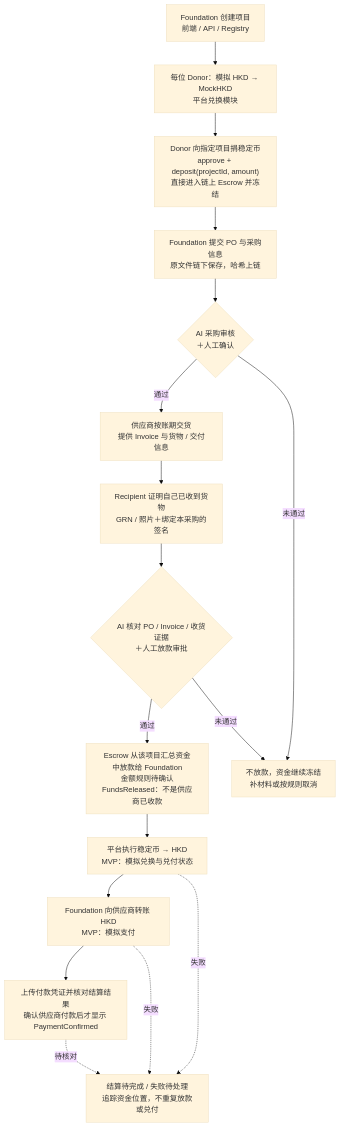
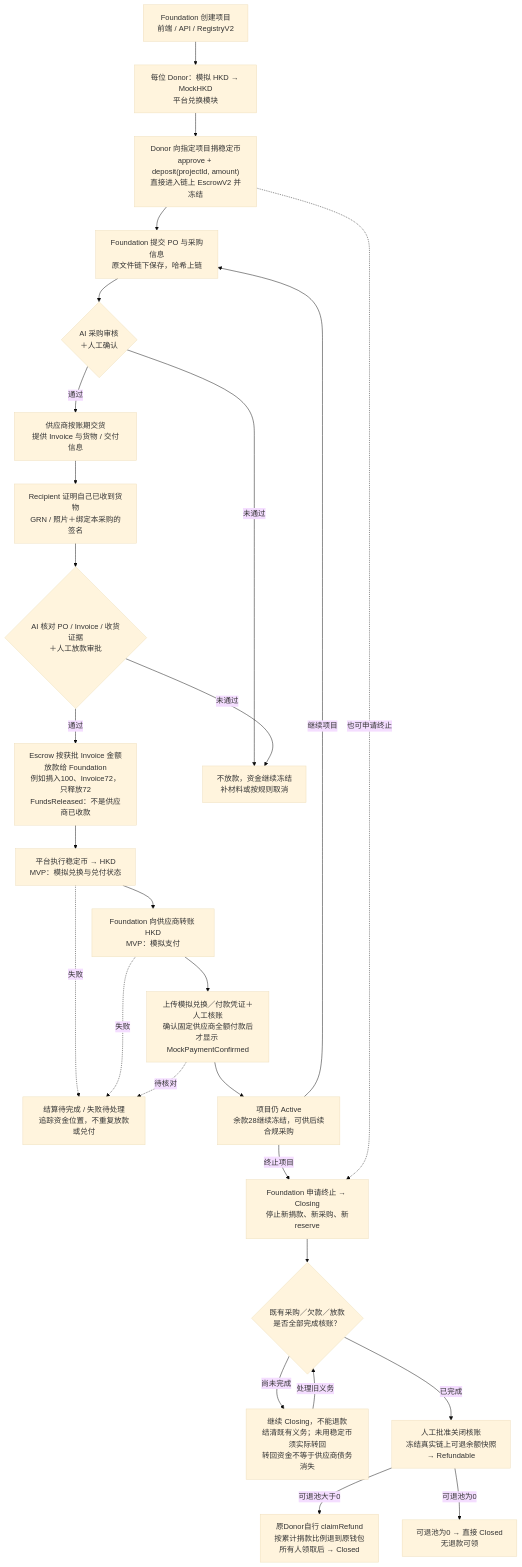
The diagram in docs/FOUNDATION_SETTLEMENT_FLOW.md (Eason-NotFound/PoG), drawn with Mermaid (base theme) before and after one commit. The commit also changed other lines of this file and 26 other files, not shown here.

````diff
--- a/docs/FOUNDATION_SETTLEMENT_FLOW.md
+++ b/docs/FOUNDATION_SETTLEMENT_FLOW.md
@@ -17,26 +19,43 @@
 ```mermaid
 flowchart TD
-    A["Foundation 创建项目<br/>前端 / API / Registry"]
+    A["Foundation 创建项目<br/>前端 / API / RegistryV2"]
     B["每位 Donor：模拟 HKD → MockHKD<br/>平台兑换模块"]
-    C["Donor 向指定项目捐稳定币<br/>approve + deposit(projectId, amount)<br/>直接进入链上 Escrow 并冻结"]
+    C["Donor 向指定项目捐稳定币<br/>approve + deposit(projectId, amount)<br/>直接进入链上 EscrowV2 并冻结"]
     D["Foundation 提交 PO 与采购信息<br/>原文件链下保存，哈希上链"]
     E{"AI 采购审核<br/>＋人工确认"}
     F["供应商按账期交货<br/>提供 Invoice 与货物 / 交付信息"]
     G["Recipient 证明自己已收到货物<br/>GRN / 照片＋绑定本采购的签名"]
     H{"AI 核对 PO / Invoice / 收货证据<br/>＋人工放款审批"}
-    I["Escrow 从该项目汇总资金中放款给 Foundation<br/>金额规则待确认<br/>FundsReleased：不是供应商已收款"]
+    I["Escrow 按获批 Invoice 金额放款给 Foundation<br/>例如捐入100、Invoice72，只释放72<br/>FundsReleased：不是供应商已收款"]
     J["平台执行稳定币 → HKD<br/>MVP：模拟兑换与兑付状态"]
     K["Foundation 向供应商转账 HKD<br/>MVP：模拟支付"]
-    L["上传付款凭证并核对结算结果<br/>确认供应商付款后才显示 PaymentConfirmed"]
+    L["上传模拟兑换／付款凭证＋人工核账<br/>确认固定供应商全额付款后<br/>才显示 MockPaymentConfirmed"]
     X["不放款，资金继续冻结<br/>补材料或按规则取消"]
     Y["结算待完成 / 失败待处理<br/>追踪资金位置，不重复放款或兑付"]
+    R["项目仍 Active<br/>余款28继续冻结，可供后续合规采购"]
+    T["Foundation 申请终止 → Closing<br/>停止新捐款、新采购、新reserve"]
+    O{"既有采购／欠款／放款<br/>是否全部完成核账？"}
+    W["继续 Closing，不能退款<br/>结清既有义务；未用稳定币须实际转回<br/>转回资金不等于供应商债务消失"]
+    P["人工批准关闭核账<br/>冻结真实链上可退余额快照<br/>→ Refundable"]
+    Q["原Donor自行 claimRefund<br/>按累计捐款比例退到原钱包<br/>所有人领取后 → Closed"]
+    Z["可退池为0 → 直接 Closed<br/>无退款可领"]
 
     A --> B --> C --> D --> E
     E -->|通过| F --> G --> H
     E -->|未通过| X
     H -->|通过| I --> J --> K --> L
     H -->|未通过| X
     J -.->|失败| Y
     K -.->|失败| Y
     L -.->|待核对| Y
+    L --> R
+    R -->|继续项目| D
+    R -->|终止项目| T
+    C -.->|也可申请终止| T
+    T --> O
+    O -->|尚未完成| W
+    W -->|处理旧义务| O
+    O -->|已完成| P
+    P -->|可退池大于0| Q
+    P -->|可退池为0| Z
 ```
````
